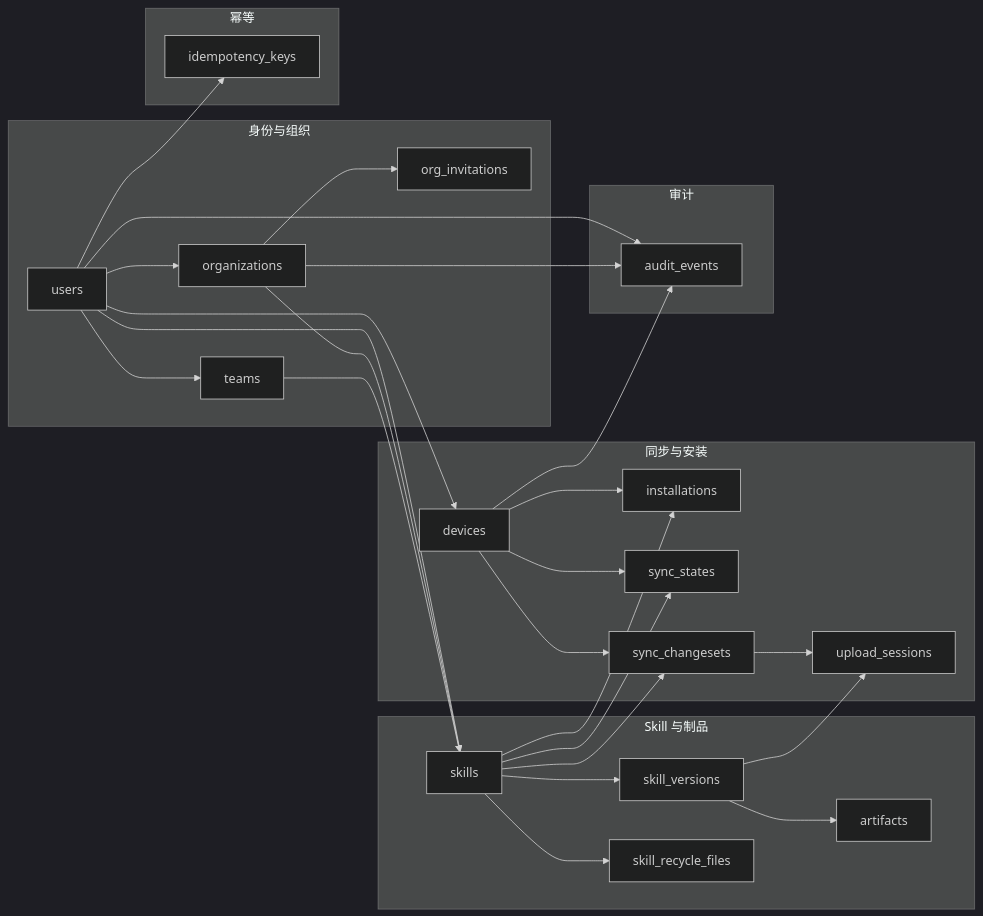
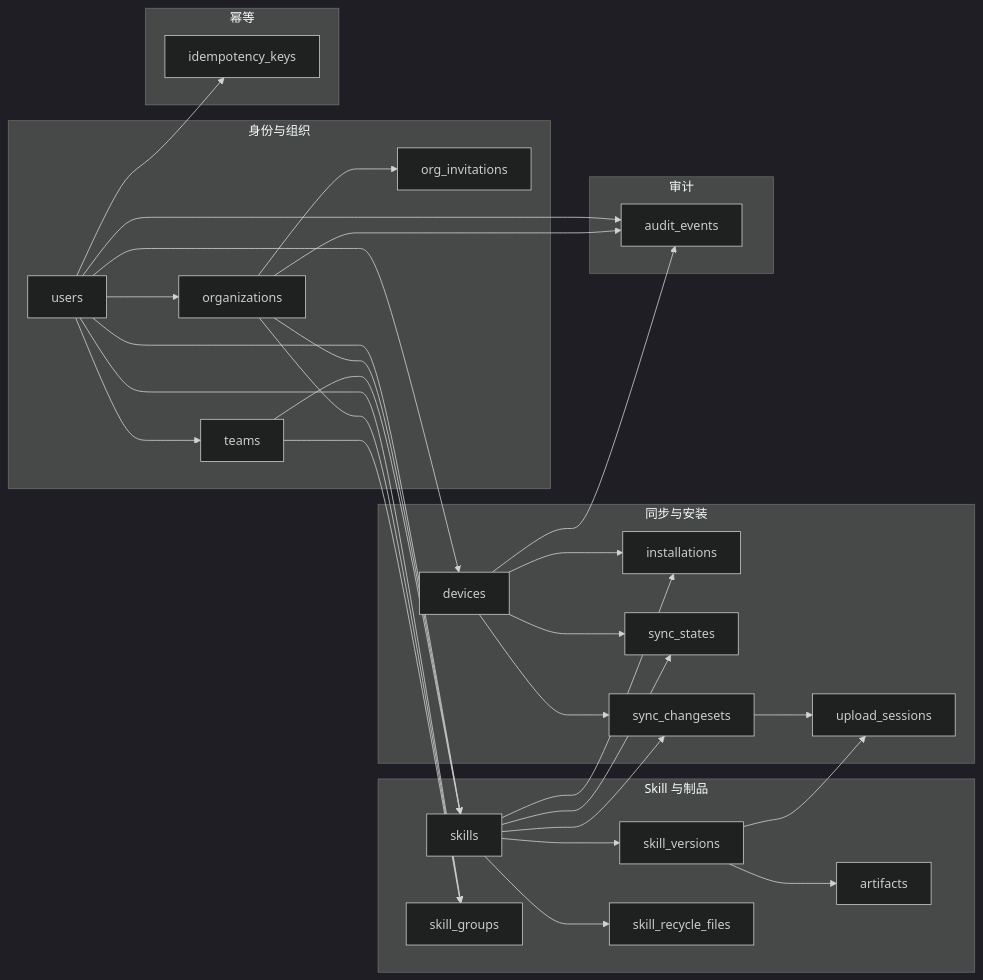
The sixth of 6 diagrams in docs/数据库ER图.md (handaome/skillMesh), drawn with Mermaid (dark theme) before and after one commit. The commit also changed other lines of this file and 1 other file, not shown here.

First line of the commit message:
docs: ER 图补上 skill_groups，验收清单改成十八条都有断言

````diff
--- a/docs/数据库ER图.md
+++ b/docs/数据库ER图.md
@@ -404,51 +423,55 @@
 ```mermaid
 flowchart LR
     subgraph 身份与组织
         U[users]
         O[organizations]
         T[teams]
         I[org_invitations]
     end
     subgraph Skill 与制品
         S[skills]
         V[skill_versions]
         A[artifacts]
         R[skill_recycle_files]
+        G[skill_groups]
     end
     subgraph 同步与安装
         D[devices]
         IN[installations]
         SS[sync_states]
         CS[sync_changesets]
         US[upload_sessions]
     end
     subgraph 审计
         AE[audit_events]
     end
     subgraph 幂等
         IK[idempotency_keys]
     end
 
     U --> O
     U --> T
     O --> I
     U --> S
     O --> S
     T --> S
+    U --> G
+    O --> G
+    T --> G
     S --> V
     V --> A
     S --> R
     U --> D
     D --> IN
     D --> SS
     D --> CS
     S --> IN
     S --> SS
     S --> CS
     V --> US
     CS --> US
     U --> AE
     O --> AE
     D --> AE
     U --> IK
 ```
````
